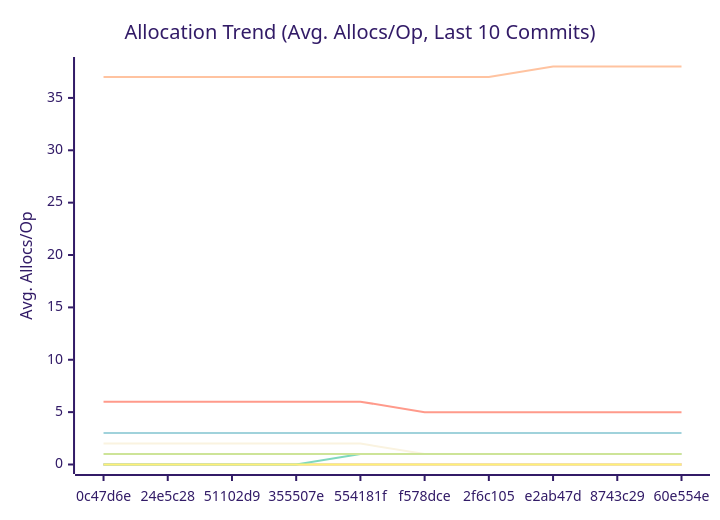
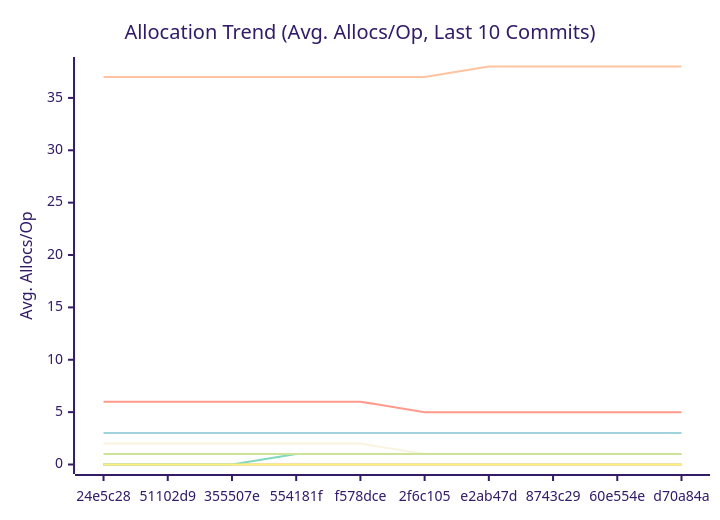
The third of 3 diagrams in docs/PERFORMANCE.md (alsotoes/momo), drawn with Mermaid (forest theme) before and after one commit. The commit also changed other lines of this file and 3 other files, not shown here.

````diff
--- a/docs/PERFORMANCE.md
+++ b/docs/PERFORMANCE.md
@@ -176,18 +176,18 @@
 ```mermaid
 xychart-beta
     title "Allocation Trend (Avg. Allocs/Op, Last 10 Commits)"
     x-axis "Commit"
     y-axis "Avg. Allocs/Op"
-    x-axis [0c47d6e,24e5c28,51102d9,355507e,554181f,f578dce,2f6c105,e2ab47d,8743c29,60e554e]
+    x-axis [24e5c28,51102d9,355507e,554181f,f578dce,2f6c105,e2ab47d,8743c29,60e554e,d70a84a]
     line "CheckMetricsAndSwap" [0,0,0,0,0,0,0,0,0,0]
     line "CrushOptimized" [0,0,0,0,0,0,0,0,0,0]
     line "CrushOriginal" [3,3,3,3,3,3,3,3,3,3]
     line "IndexDirectTracking" [0,0,0,0,0,0,0,0,0,0]
     line "IndexSearch" [0,0,0,0,0,0,0,0,0,0]
-    line "LoadGlobalConfig" [37,37,37,37,37,37,37,38,38,38]
-    line "PadString" [0,0,0,0,1,1,1,1,1,1]
+    line "LoadGlobalConfig" [37,37,37,37,37,37,38,38,38,38]
+    line "PadString" [0,0,0,1,1,1,1,1,1,1]
     line "ParseReplicationOrder_NoPrealloc" [6,6,6,6,6,5,5,5,5,5]
     line "ParseReplicationOrder_Prealloc" [2,2,2,2,2,1,1,1,1,1]
     line "SanitizeLog/Safe" [0,0,0,0,0,0,0,0,0,0]
     line "SanitizeLog/Unsafe" [1,1,1,1,1,1,1,1,1,1]
 ```
````
